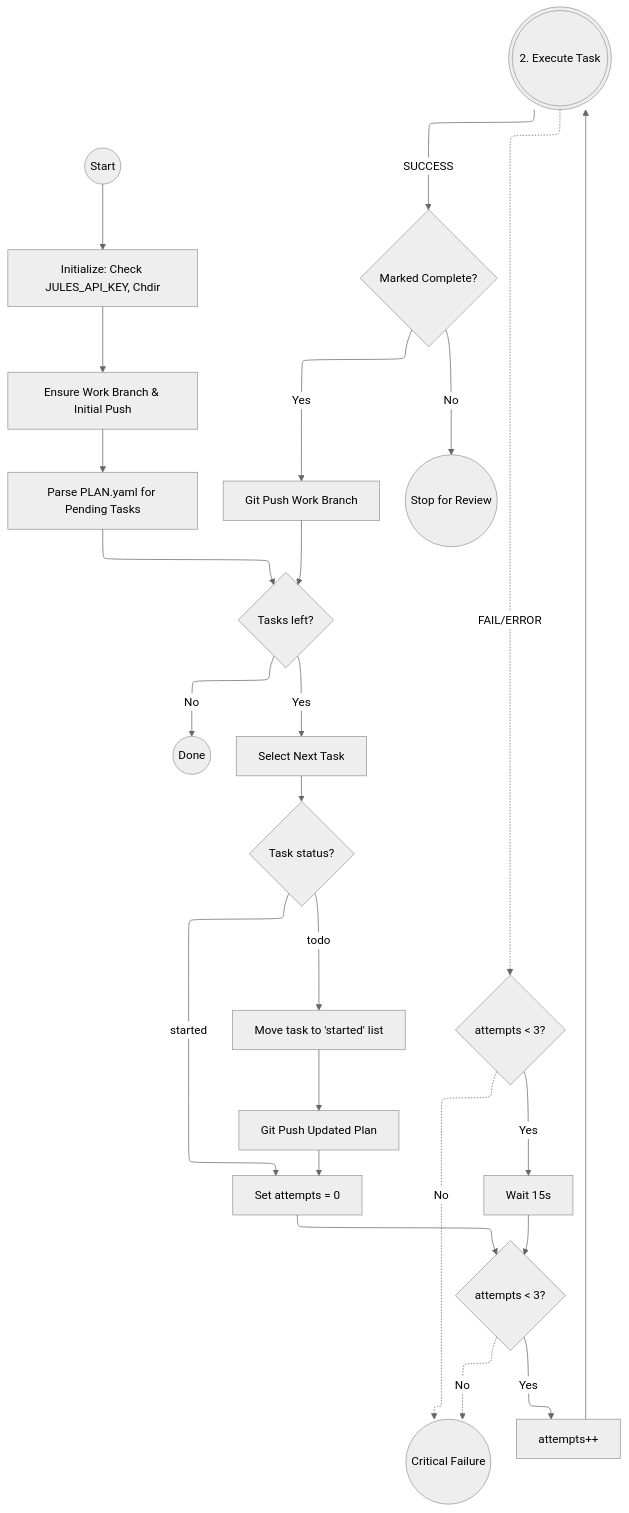
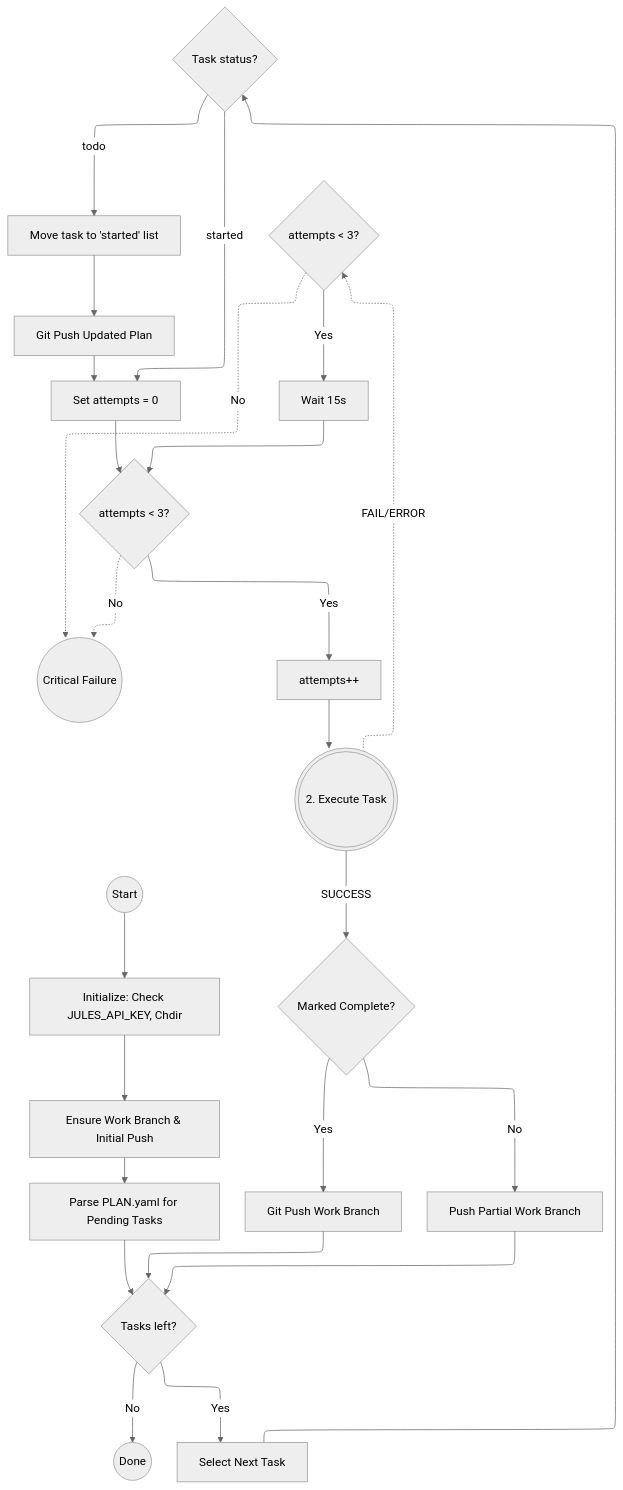
Before and after one commit to JonathanHarford/verne_durand: the first of 2 diagrams in README.md, drawn with Mermaid (neutral theme). The commit also changed 1 other file, not shown here.

Commit message:
Auto: Ensure full autonomy by continuing execution after partial work

````diff
--- a/README.md
+++ b/README.md
@@ -48,43 +48,44 @@
 ```mermaid
 ---
 config:
   layout: elk
 ---
 flowchart TD
     Start((Start)) --> Init[Initialize: Check JULES_API_KEY, Chdir]
     Init --> Ensure[Ensure Work Branch & Initial Push]
     Ensure --> ParsePlan[Parse PLAN.yaml for Pending Tasks]
     ParsePlan --> HasTasks{Tasks left?}
     
     HasTasks -- No --> Done((Done))
     
     HasTasks -- Yes --> GetNextTask[Select Next Task]
     GetNextTask --> CheckStatus{Task status?}
     
     CheckStatus -- todo --> MoveToStarted[Move task to 'started' list]
     MoveToStarted --> PushPlan[Git Push Updated Plan]
     PushPlan --> InitRetry
     
     CheckStatus -- started --> InitRetry[Set attempts = 0]
     InitRetry --> RetryLoop{attempts < 3?}
     
     RetryLoop -. No .-> CritFail((Critical Failure))
     
     RetryLoop -->|Yes| IncAttempts[attempts++]
     
     IncAttempts --> Execution(((2. Execute Task)))
     
     Execution -->|SUCCESS| Verify{Marked Complete?}
     
     Verify -- Yes --> Push[Git Push Work Branch]
     Push --> HasTasks
     
-    Verify -- No --> Pause((Stop for Review))
+    Verify -- No --> PushPartial[Push Partial Work Branch]
+    PushPartial --> HasTasks
     
     Execution -. FAIL/ERROR .-> CheckRetry{attempts < 3?}
 
     CheckRetry -->|Yes| RetryWait[Wait 15s]
     RetryWait --> RetryLoop
 
     CheckRetry -. No .-> CritFail
 ```
````
